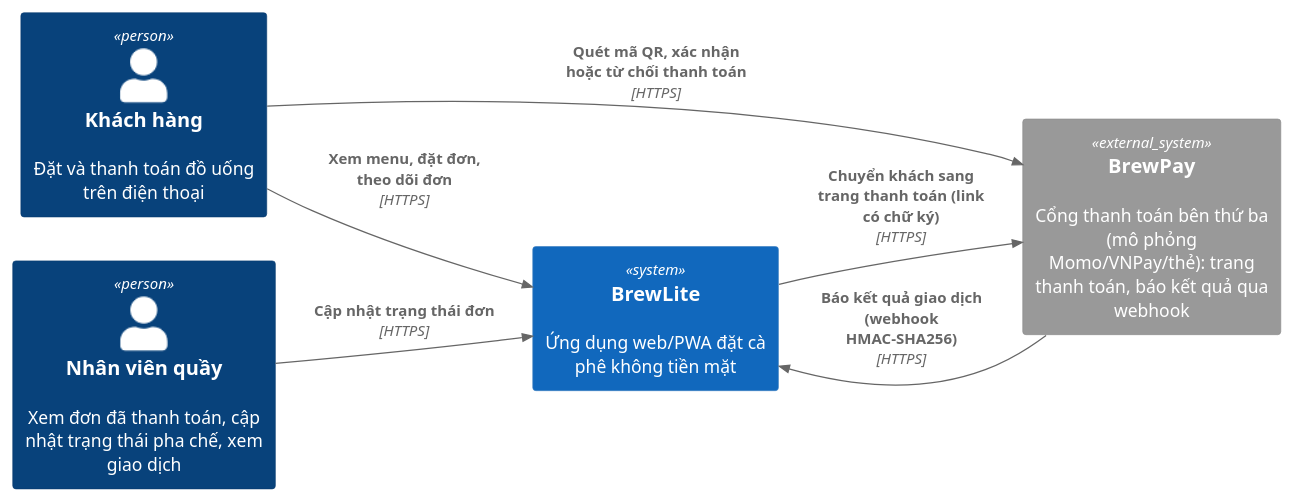
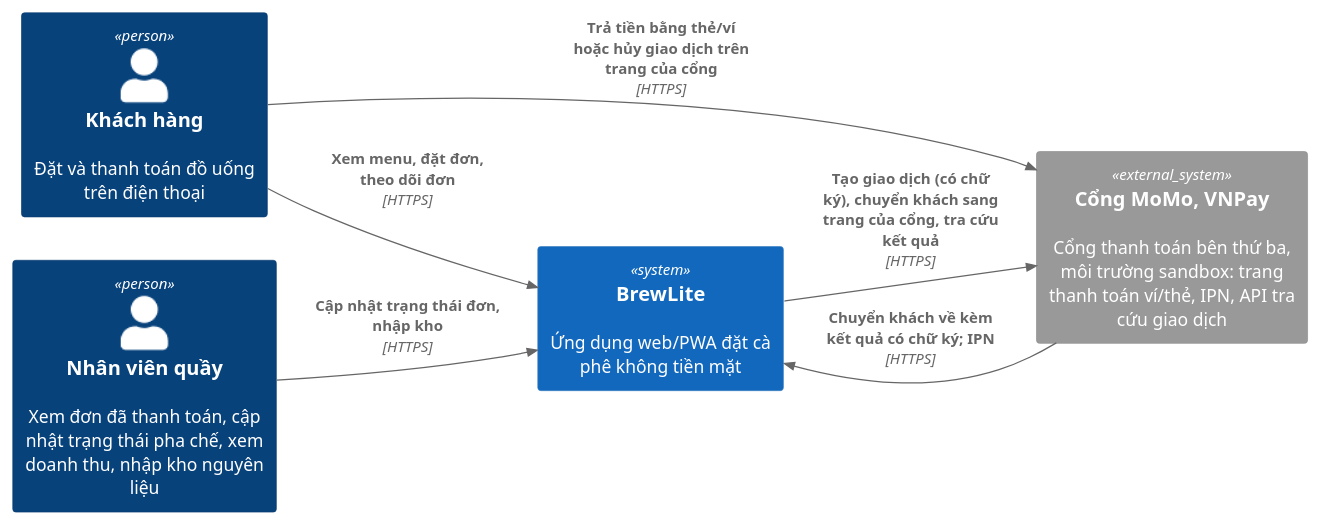
The diagram in docs/architecture/c4-context.puml (PhucLee23/brewlite-assignment2), drawn with PlantUML before and after one commit. The commit also changed 3 other files, not shown here.

Commit message:
docs(architecture): C4 context, container còn 3 dịch vụ, cổng MoMo, VNPay là hệ thống ngoài

```diff
--- a/docs/architecture/c4-context.puml
+++ b/docs/architecture/c4-context.puml
@@ -1,16 +1,16 @@
 @startuml c4-context
 ' C4 mức 1 – System Context của BrewLite (Task 3.1)
 !include <C4/C4_Context>
 LAYOUT_LEFT_RIGHT()
 
 Person(customer, "Khách hàng", "Đặt và thanh toán đồ uống trên điện thoại")
-Person(staff, "Nhân viên quầy", "Xem đơn đã thanh toán, cập nhật trạng thái pha chế, xem giao dịch")
+Person(staff, "Nhân viên quầy", "Xem đơn đã thanh toán, cập nhật trạng thái pha chế, xem doanh thu, nhập kho nguyên liệu")
 System(brewlite, "BrewLite", "Ứng dụng web/PWA đặt cà phê không tiền mặt")
-System_Ext(payment, "BrewPay", "Cổng thanh toán bên thứ ba (mô phỏng Momo/VNPay/thẻ): trang thanh toán, báo kết quả qua webhook")
+System_Ext(payment, "Cổng MoMo, VNPay", "Cổng thanh toán bên thứ ba, môi trường sandbox: trang thanh toán ví/thẻ, IPN, API tra cứu giao dịch")
 
 Rel(customer, brewlite, "Xem menu, đặt đơn, theo dõi đơn", "HTTPS")
-Rel(customer, payment, "Quét mã QR, xác nhận hoặc từ chối thanh toán", "HTTPS")
-Rel(staff, brewlite, "Cập nhật trạng thái đơn", "HTTPS")
-Rel(brewlite, payment, "Chuyển khách sang trang thanh toán (link có chữ ký)", "HTTPS")
-Rel_Back(brewlite, payment, "Báo kết quả giao dịch (webhook HMAC-SHA256)", "HTTPS")
+Rel(customer, payment, "Trả tiền bằng thẻ/ví hoặc hủy giao dịch trên trang của cổng", "HTTPS")
+Rel(staff, brewlite, "Cập nhật trạng thái đơn, nhập kho", "HTTPS")
+Rel(brewlite, payment, "Tạo giao dịch (có chữ ký), chuyển khách sang trang của cổng, tra cứu kết quả", "HTTPS")
+Rel_Back(brewlite, payment, "Chuyển khách về kèm kết quả có chữ ký; IPN", "HTTPS")
 @enduml
```
